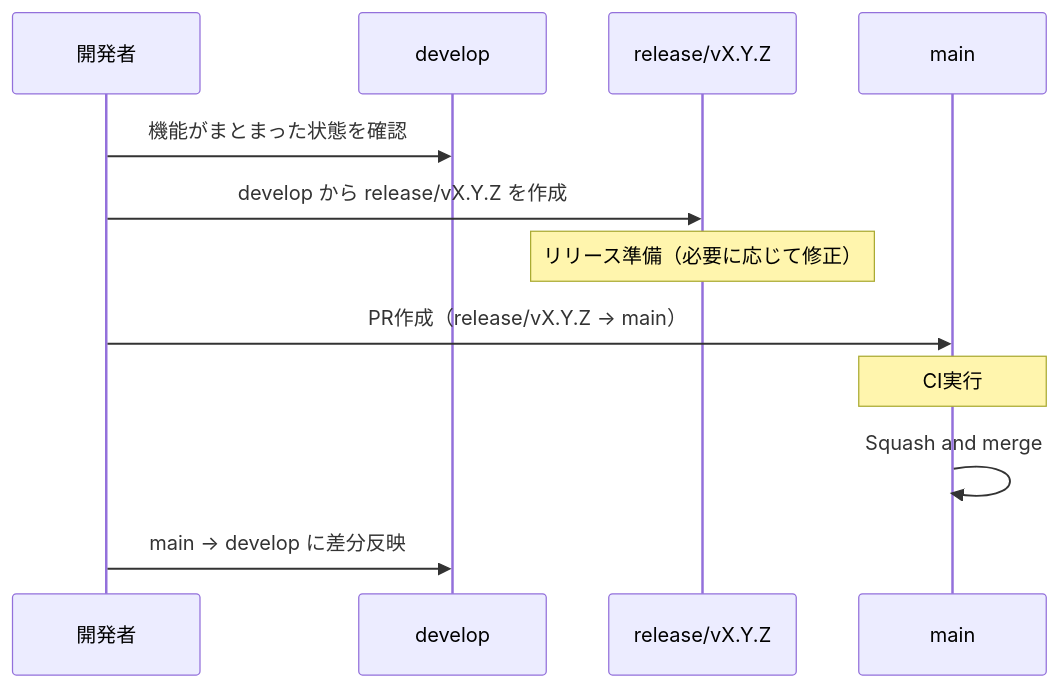
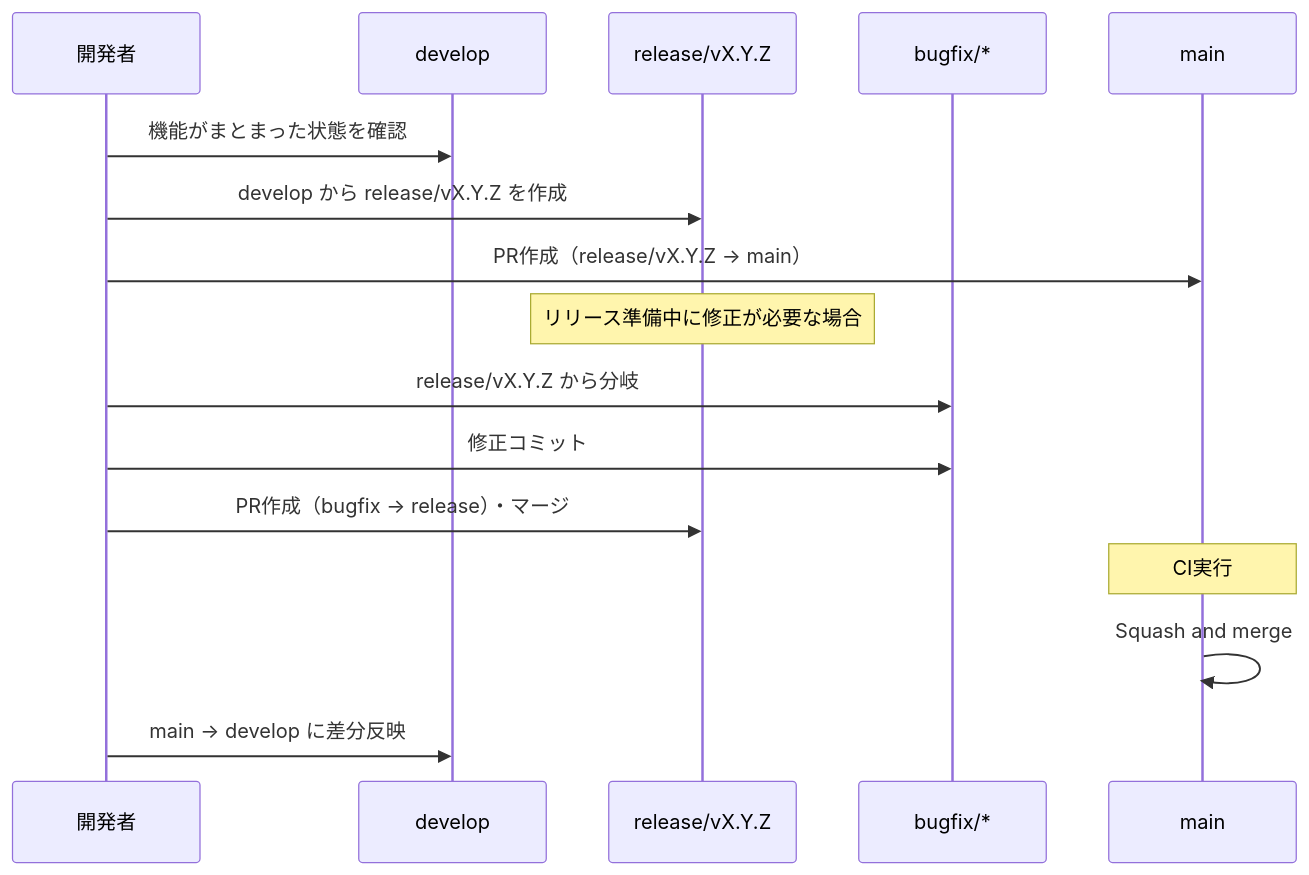
The third of 4 diagrams in docs/specs/git-flow.md (becky3/learning-companion), drawn with Mermaid before and after one commit. The commit also changed other lines of this file, not shown here.

First line of the commit message:
docs: release ブランチ上の修正をbugfix PR経由にするルールを追加

````diff
--- a/docs/specs/git-flow.md
+++ b/docs/specs/git-flow.md
@@ -94,15 +94,19 @@
 ```mermaid
 sequenceDiagram
     participant Dev as 開発者
     participant Develop as develop
     participant Release as release/vX.Y.Z
+    participant Bugfix as bugfix/*
     participant Main as main
 
     Dev->>Develop: 機能がまとまった状態を確認
     Dev->>Release: develop から release/vX.Y.Z を作成
-    Note over Release: リリース準備（必要に応じて修正）
     Dev->>Main: PR作成（release/vX.Y.Z → main）
+    Note over Release: リリース準備中に修正が必要な場合
+    Dev->>Bugfix: release/vX.Y.Z から分岐
+    Dev->>Bugfix: 修正コミット
+    Dev->>Release: PR作成（bugfix → release）・マージ
     Note over Main: CI実行
     Main->>Main: Squash and merge
     Dev->>Develop: main → develop に差分反映
 ```
````
